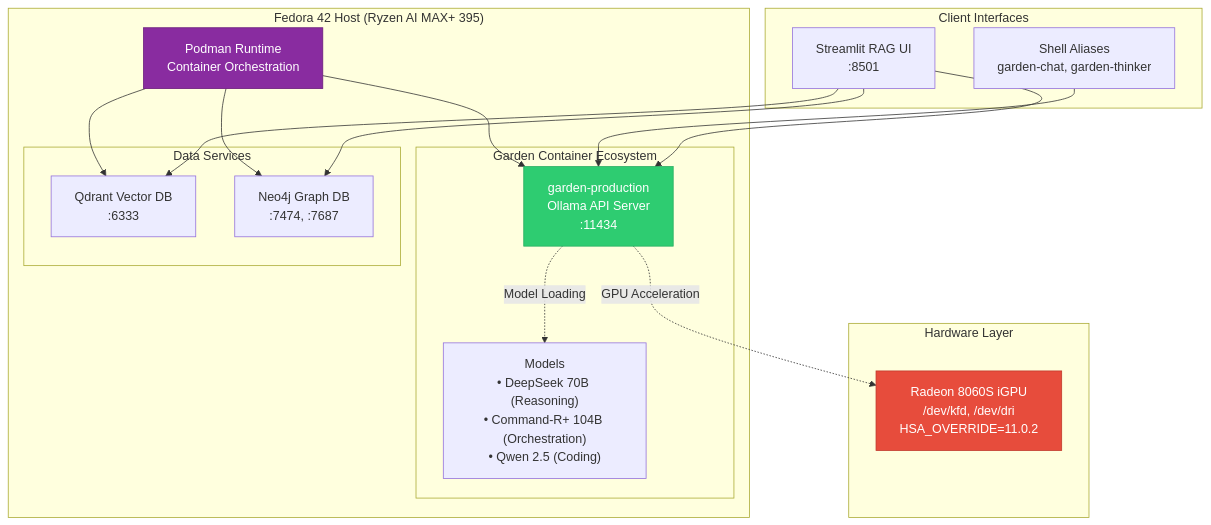
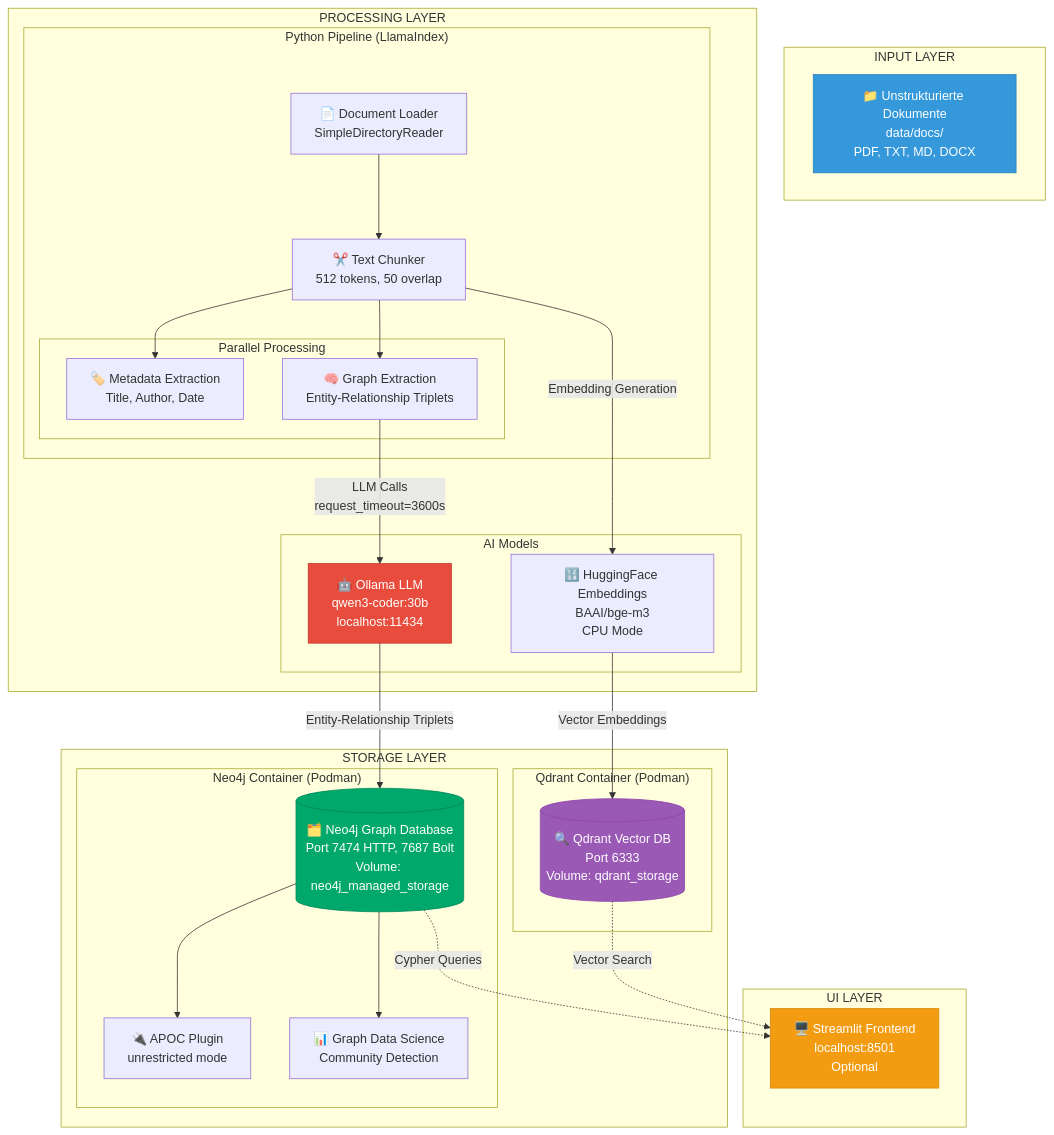
Before and after one commit to UrbanElephant/Lilly-X: the first of 3 diagrams in README.md, drawn with Mermaid. The commit also changed other lines of this file, not shown here.

First line of the commit message:
docs: Umfassende deutsche README mit Mermaid-Diagrammen und Troubleshooting

````diff
--- a/README.md
+++ b/README.md
@@ -58,42 +59,61 @@
 ```mermaid
-graph TB
-    subgraph "Fedora 42 Host (Ryzen AI MAX+ 395)"
-        Podman[Podman Runtime<br/>Container Orchestration]
-        
-        subgraph "Garden Container Ecosystem"
-            Garden[garden-production<br/>Ollama API Server<br/>:11434]
-            Models["Models<br/>• DeepSeek 70B (Reasoning)<br/>• Command-R+ 104B (Orchestration)<br/>• Qwen 2.5 (Coding)"]
+graph TD
+    subgraph "INPUT LAYER"
+        Docs[📁 Unstrukturierte Dokumente<br/>data/docs/<br/>PDF, TXT, MD, DOCX]
+    end
+    
+    subgraph "PROCESSING LAYER"
+        subgraph "Python Pipeline (LlamaIndex)"
+            Loader[📄 Document Loader<br/>SimpleDirectoryReader]
+            Chunker[✂️ Text Chunker<br/>512 tokens, 50 overlap]
             
-            Garden -.Model Loading.-> Models
+            subgraph "Parallel Processing"
+                ExtractMeta[🏷️ Metadata Extraction<br/>Title, Author, Date]
+                ExtractGraph[🧠 Graph Extraction<br/>Entity-Relationship Triplets]
+            end
+            
+            Loader --> Chunker
+            Chunker --> ExtractMeta
+            Chunker --> ExtractGraph
         end
         
-        subgraph "Data Services"
-            Qdrant[Qdrant Vector DB<br/>:6333]
-            Neo4j[Neo4j Graph DB<br/>:7474, :7687]
+        subgraph "AI Models"
+            OllamaLLM[🤖 Ollama LLM<br/>qwen3-coder:30b<br/>localhost:11434]
+            HFEmbed[🔢 HuggingFace Embeddings<br/>BAAI/bge-m3<br/>CPU Mode]
+            
+            ExtractGraph -->|LLM Calls<br/>request_timeout=3600s| OllamaLLM
+            Chunker -->|Embedding Generation| HFEmbed
+        end
+    end
+    
+    subgraph "STORAGE LAYER"
+        subgraph "Neo4j Container (Podman)"
+            Neo4jDB[(🗂️ Neo4j Graph Database<br/>Port 7474 HTTP, 7687 Bolt<br/>Volume: neo4j_managed_storage)]
+            APOC[🔌 APOC Plugin<br/>unrestricted mode]
+            GDS[📊 Graph Data Science<br/>Community Detection]
+            
+            Neo4jDB --> APOC
+            Neo4jDB --> GDS
         end
         
-        Podman --> Garden
-        Podman --> Qdrant
-        Podman --> Neo4j
+        subgraph "Qdrant Container (Podman)"
+            QdrantDB[(🔍 Qdrant Vector DB<br/>Port 6333<br/>Volume: qdrant_storage)]
+        end
+        
+        OllamaLLM -->|Entity-Relationship Triplets| Neo4jDB
+        HFEmbed -->|Vector Embeddings| QdrantDB
     end
     
-    subgraph "Client Interfaces"
-        Aliases[Shell Aliases<br/>garden-chat, garden-thinker]
-        StreamlitUI[Streamlit RAG UI<br/>:8501]
+    subgraph "UI LAYER"
+        Streamlit[🖥️ Streamlit Frontend<br/>localhost:8501<br/>Optional]
     end
     
-    Aliases --> Garden
-    StreamlitUI --> Garden
-    StreamlitUI --> Qdrant
-    StreamlitUI --> Neo4j
+    Neo4jDB -.->|Cypher Queries| Streamlit
+    QdrantDB -.->|Vector Search| Streamlit
     
-    subgraph "Hardware Layer"
-        GPU[Radeon 8060S iGPU<br/>/dev/kfd, /dev/dri<br/>HSA_OVERRIDE=11.0.2]
-    end
-    
-    Garden -.GPU Acceleration.-> GPU
-    
-    style Garden fill:#2ecc71,stroke:#27ae60,color:#fff
-    style GPU fill:#e74c3c,stroke:#c0392b,color:#fff
-    style Podman fill:#892CA0,stroke:#6a1b7b,color:#fff
+    style Docs fill:#3498db,stroke:#2980b9,color:#fff
+    style OllamaLLM fill:#e74c3c,stroke:#c0392b,color:#fff
+    style Neo4jDB fill:#00A86B,stroke:#008558,color:#fff
+    style QdrantDB fill:#9b59b6,stroke:#8e44ad,color:#fff
+    style Streamlit fill:#f39c12,stroke:#d68910,color:#fff
 ```
````
